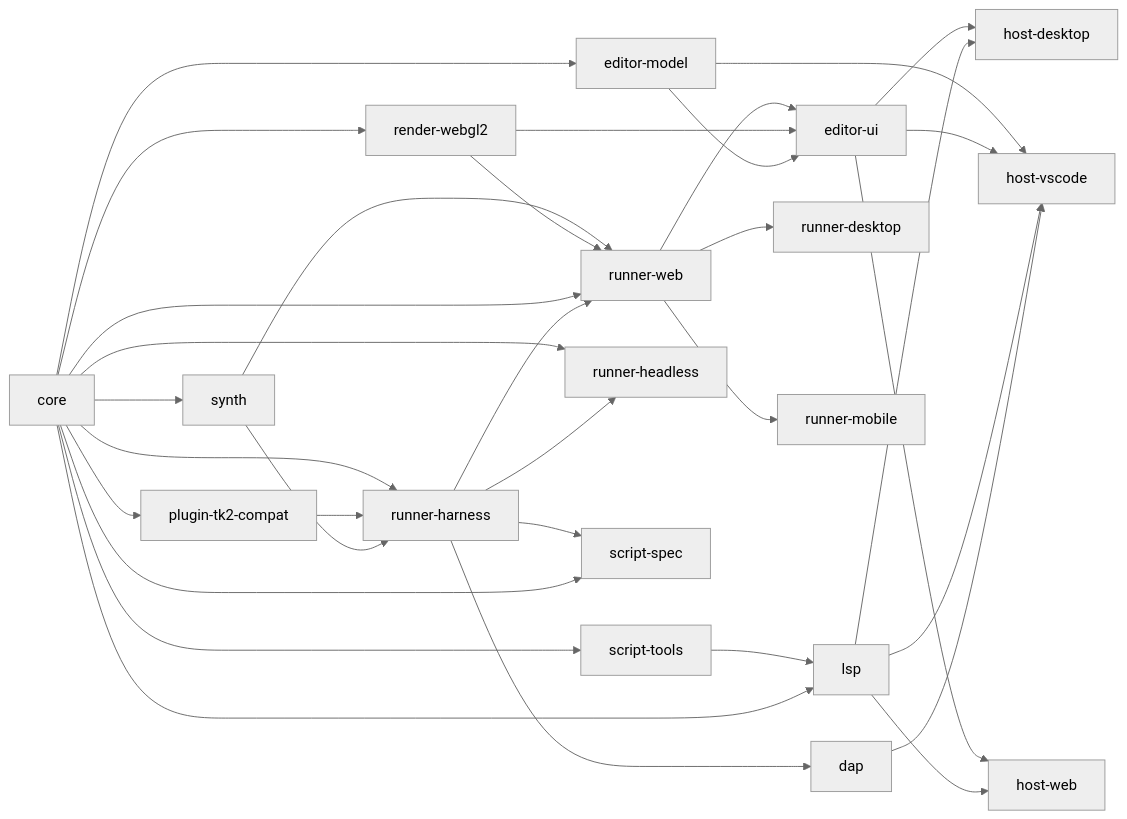
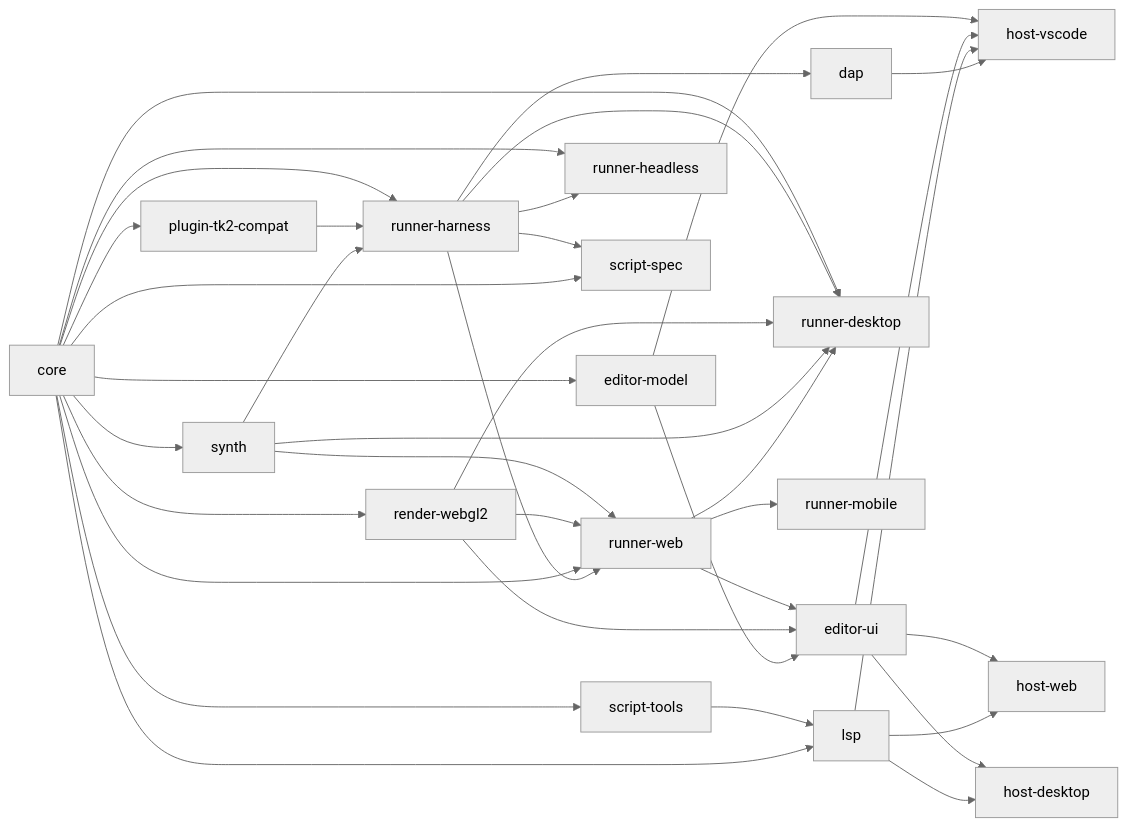
Before and after one commit to tk-reawakened/rpgtoolkit-reawakened: the first of 3 diagrams in _bmad-output/initiative-rpgtoolkit-reawakened/architecture-rpgtoolkit-reawakened/architecture-rpgtoolkit-reawakened.md, drawn with Mermaid (neutral theme). The commit also changed 2 other files, not shown here.

Commit message:
fix(9.11): graph edges for runner-desktop and Electron's install script
The desktop package imports core, the harness, the replayer and the synth directly,
so each is an edge of its own, and the spine diagram is regenerated. Electron's
postinstall downloads the shell binary the measurement launches, so it joins
allowBuilds beside esbuild; without it a CI install has no dist to measure and the
desktop job failed on all three runners before running a single check.

````diff
--- a/_bmad-output/initiative-rpgtoolkit-reawakened/architecture-rpgtoolkit-reawakened/architecture-rpgtoolkit-reawakened.md
+++ b/_bmad-output/initiative-rpgtoolkit-reawakened/architecture-rpgtoolkit-reawakened/architecture-rpgtoolkit-reawakened.md
@@ -41,35 +41,39 @@
 ```mermaid
 graph LR
   core --> synth
   core --> renderwebgl2[render-webgl2]
   core --> runnerharness[runner-harness]
   core --> plugintk2compat[plugin-tk2-compat]
   scripttools[script-tools] --> lsp
   plugintk2compat --> runnerharness
   core --> lsp
   core --> editormodel[editor-model]
   synth --> runnerharness
   synth --> runnerweb[runner-web]
   renderwebgl2 --> runnerweb
   core --> runnerheadless[runner-headless]
   core --> runnerweb
   runnerharness --> runnerweb
   runnerharness --> runnerheadless
   runnerharness --> dap
-  runnerweb --> runnerdesktop[runner-desktop]
+  core --> runnerdesktop[runner-desktop]
+  runnerharness --> runnerdesktop
+  renderwebgl2 --> runnerdesktop
+  synth --> runnerdesktop
+  runnerweb --> runnerdesktop
   runnerweb --> runnermobile[runner-mobile]
   runnerweb --> editorui[editor-ui]
   renderwebgl2 --> editorui
   editormodel --> editorui
   editormodel --> hostvscode[host-vscode]
   editorui --> hostvscode
   editorui --> hostweb[host-web]
   editorui --> hostdesktop[host-desktop]
   lsp --> hostvscode
   lsp --> hostweb
   lsp --> hostdesktop
   dap --> hostvscode
   runnerharness --> scriptspec[script-spec]
   core --> scripttools
   core --> scriptspec
 ```
````
